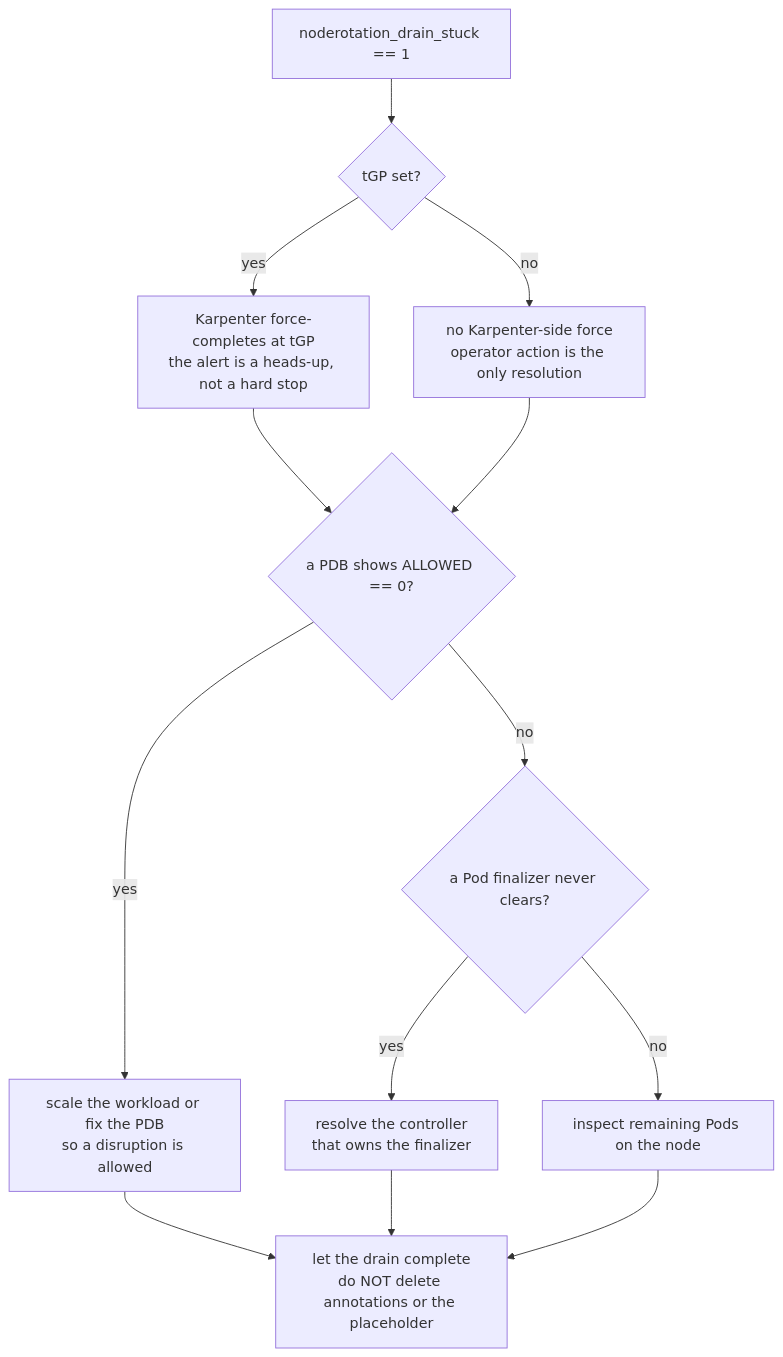
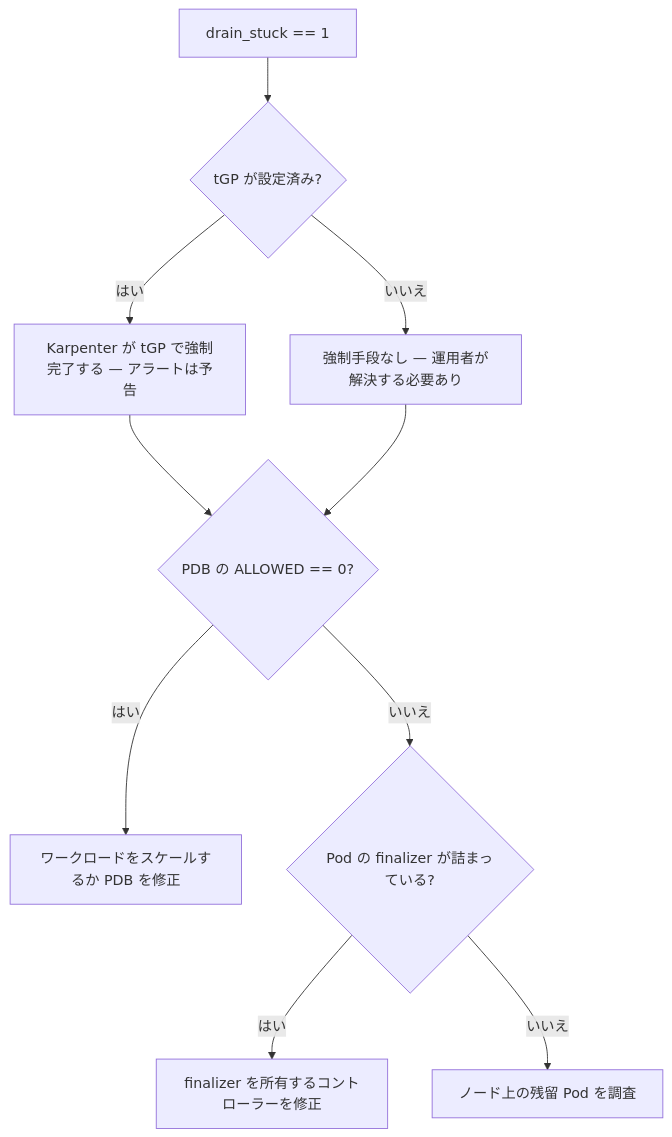
Before and after one commit to AkashiSN/node-rotation-controller: the diagram in docs/ja/runbook.md, drawn with Mermaid. The commit also changed other lines of this file and 37 other files, not shown here.

````diff
--- a/docs/ja/runbook.md
+++ b/docs/ja/runbook.md
@@ -303,15 +166,12 @@
 ```mermaid
 flowchart TD
-    A[noderotation_drain_stuck == 1] --> B{tGP set?}
-    B -->|yes| C[Karpenter force-completes at tGP<br/>the alert is a heads-up, not a hard stop]
-    B -->|no| D[no Karpenter-side force<br/>operator action is the only resolution]
-    C --> E{a PDB shows ALLOWED == 0?}
+    A[drain_stuck == 1] --> B{tGP が設定済み?}
+    B -->|はい| C[Karpenter が tGP で強制完了する — アラートは予告]
+    B -->|いいえ| D[強制手段なし — 運用者が解決する必要あり]
+    C --> E{PDB の ALLOWED == 0?}
     D --> E
-    E -->|yes| F[scale the workload or fix the PDB<br/>so a disruption is allowed]
-    E -->|no| G{a Pod finalizer never clears?}
-    G -->|yes| H[resolve the controller<br/>that owns the finalizer]
-    G -->|no| I[inspect remaining Pods on the node]
-    F --> Z[let the drain complete<br/>do NOT delete annotations or the placeholder]
-    H --> Z
-    I --> Z
+    E -->|はい| F[ワークロードをスケールするか PDB を修正]
+    E -->|いいえ| G{Pod の finalizer が詰まっている?}
+    G -->|はい| H[finalizer を所有するコントローラーを修正]
+    G -->|いいえ| I[ノード上の残留 Pod を調査]
 ```
````
